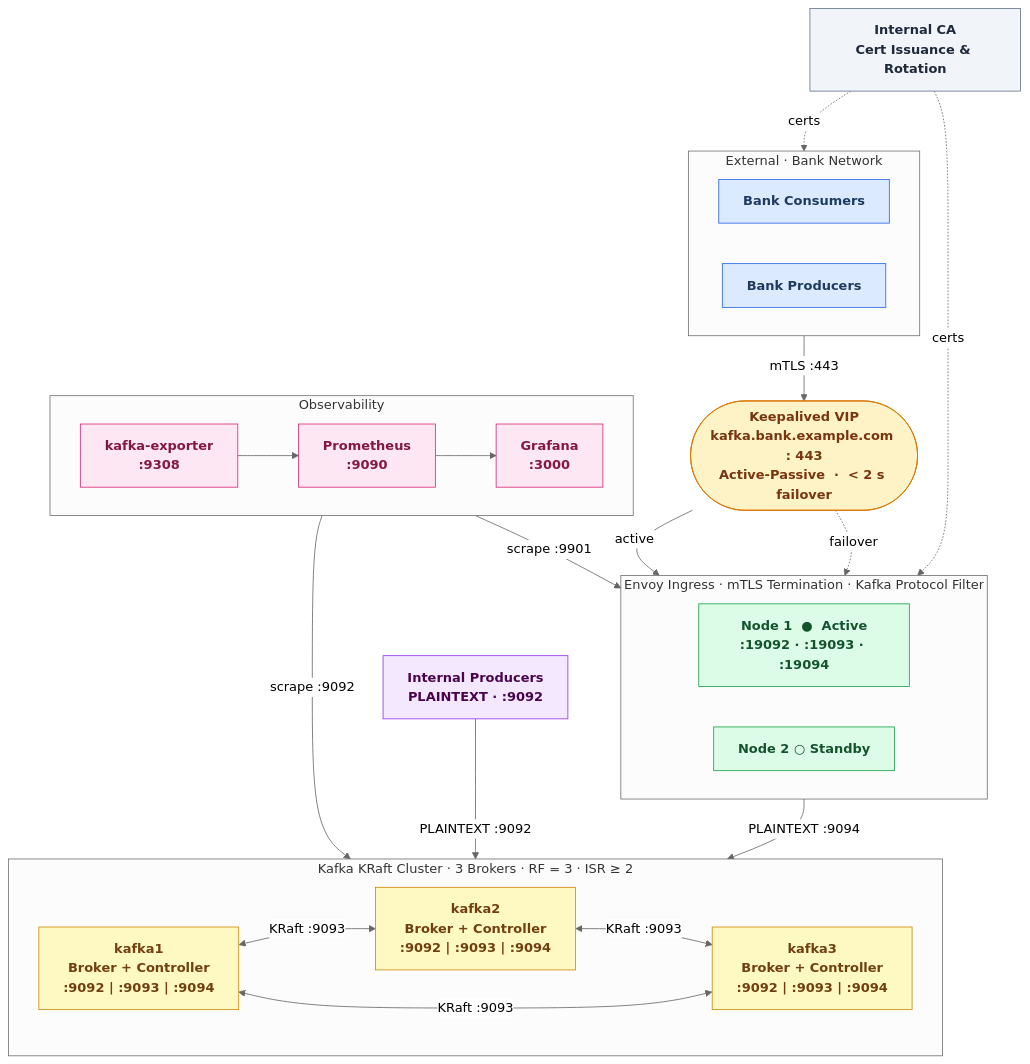
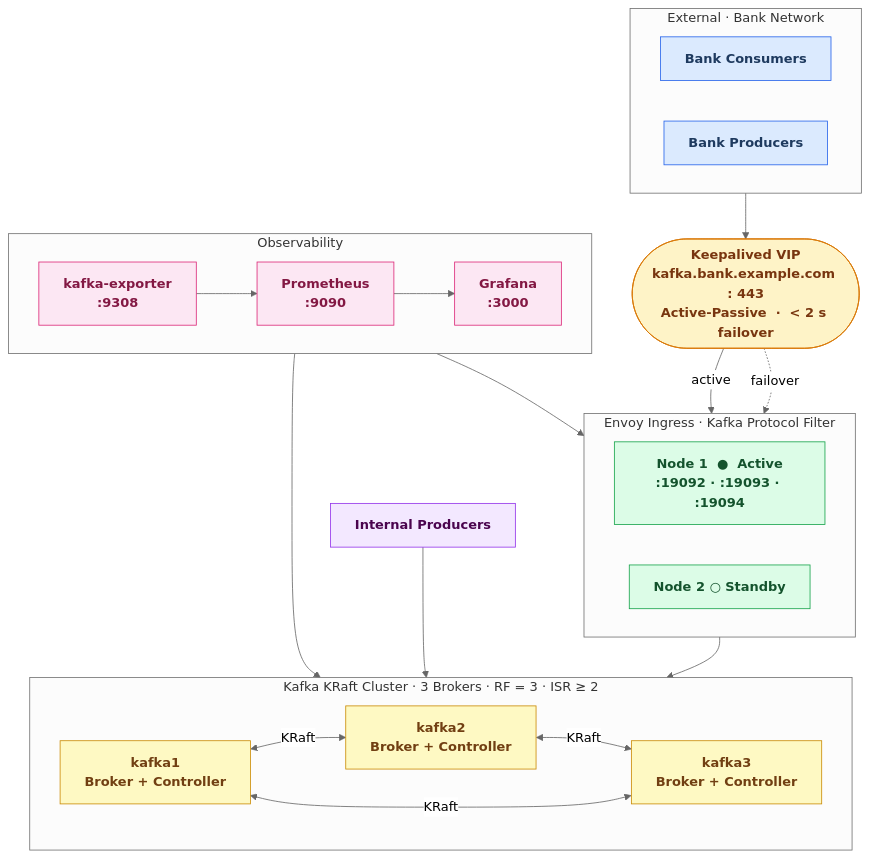
The first of 6 diagrams in README.md (rajasekar21/kafka-kraft-envoy-platform), drawn with Mermaid (neutral theme) before and after one commit.

Commit message:
docs: remove mTLS details from high-level architecture diagram
Strip all mTLS-specific content from the high-level diagram:
- Remove "mTLS Termination" from Envoy subgraph title
- Remove "Internal CA" node and cert dashed lines
- Remove protocol/port labels from arrows (PLAINTEXT, mTLS :443, etc.)
- Remove port suffixes from Kafka broker nodes
- Simplify KRaft labels to just "KRaft"
- Remove "Internal Producers" label detail

````diff
--- a/README.md
+++ b/README.md
@@ -69,60 +69,55 @@
 ```mermaid
 flowchart TB
     subgraph BANK["External  ·  Bank Network"]
         direction LR
         BC["Bank Consumers"]
         BP["Bank Producers"]
     end
 
     VIP(["Keepalived VIP\nkafka.bank.example.com : 443\nActive-Passive  ·  &lt; 2 s failover"])
 
-    subgraph ENVOY["Envoy Ingress  ·  mTLS Termination  ·  Kafka Protocol Filter"]
+    subgraph ENVOY["Envoy Ingress  ·  Kafka Protocol Filter"]
         direction LR
         EA["Node 1  ●  Active\n:19092 · :19093 · :19094"]
         EB["Node 2  ○  Standby"]
     end
 
     subgraph KAFKA["Kafka KRaft Cluster  ·  3 Brokers  ·  RF = 3  ·  ISR ≥ 2"]
         direction LR
-        K1["kafka1\nBroker + Controller\n:9092 | :9093 | :9094"]
-        K2["kafka2\nBroker + Controller\n:9092 | :9093 | :9094"]
-        K3["kafka3\nBroker + Controller\n:9092 | :9093 | :9094"]
-        K1 <-->|"KRaft :9093"| K2
-        K2 <-->|"KRaft :9093"| K3
-        K3 <-->|"KRaft :9093"| K1
+        K1["kafka1\nBroker + Controller"]
+        K2["kafka2\nBroker + Controller"]
+        K3["kafka3\nBroker + Controller"]
+        K1 <-->|"KRaft"| K2
+        K2 <-->|"KRaft"| K3
+        K3 <-->|"KRaft"| K1
     end
 
     subgraph OBS["Observability"]
         direction LR
         KE["kafka-exporter\n:9308"] --> PR["Prometheus\n:9090"] --> GF["Grafana\n:3000"]
     end
 
-    IP["Internal Producers\nPLAINTEXT · :9092"]
-    CA["Internal CA\nCert Issuance & Rotation"]
+    IP["Internal Producers"]
 
-    BANK  -->|"mTLS :443"| VIP
+    BANK  --> VIP
     VIP   -->|"active"| EA
     VIP   -. "failover" .-> EB
-    EA    -->|"PLAINTEXT :9094"| KAFKA
-    IP    -->|"PLAINTEXT :9092"| KAFKA
-    KE    -->|"scrape :9092"| KAFKA
-    PR    -->|"scrape :9901"| EA
-    CA    -. "certs" .-> BANK
-    CA    -. "certs" .-> ENVOY
+    EA    --> KAFKA
+    IP    --> KAFKA
+    KE    --> KAFKA
+    PR    --> EA
 
-    classDef bank   fill:#dbeafe,stroke:#2563eb,color:#1e3a5f,font-weight:bold
-    classDef vip    fill:#fef3c7,stroke:#d97706,color:#78350f,font-weight:bold
-    classDef envoy  fill:#dcfce7,stroke:#16a34a,color:#14532d,font-weight:bold
-    classDef kafka  fill:#fef9c3,stroke:#ca8a04,color:#713f12,font-weight:bold
-    classDef obs    fill:#fce7f3,stroke:#db2777,color:#831843,font-weight:bold
-    classDef side   fill:#f3e8ff,stroke:#9333ea,color:#4a044e,font-weight:bold
-    classDef ca     fill:#f1f5f9,stroke:#64748b,color:#1e293b,font-weight:bold
+    classDef bank  fill:#dbeafe,stroke:#2563eb,color:#1e3a5f,font-weight:bold
+    classDef vip   fill:#fef3c7,stroke:#d97706,color:#78350f,font-weight:bold
+    classDef envoy fill:#dcfce7,stroke:#16a34a,color:#14532d,font-weight:bold
+    classDef kafka fill:#fef9c3,stroke:#ca8a04,color:#713f12,font-weight:bold
+    classDef obs   fill:#fce7f3,stroke:#db2777,color:#831843,font-weight:bold
+    classDef side  fill:#f3e8ff,stroke:#9333ea,color:#4a044e,font-weight:bold
 
     class BC,BP bank
     class VIP vip
     class EA,EB envoy
     class K1,K2,K3 kafka
     class KE,PR,GF obs
     class IP side
-    class CA ca
 ```
````
